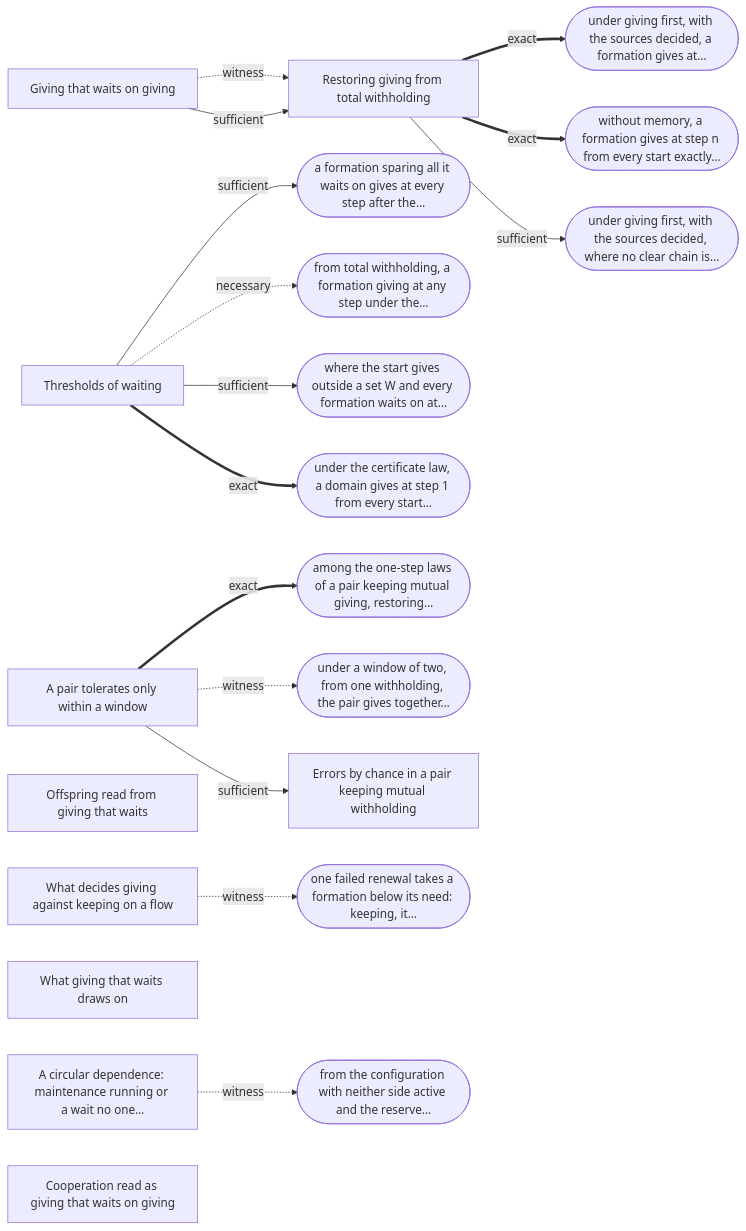
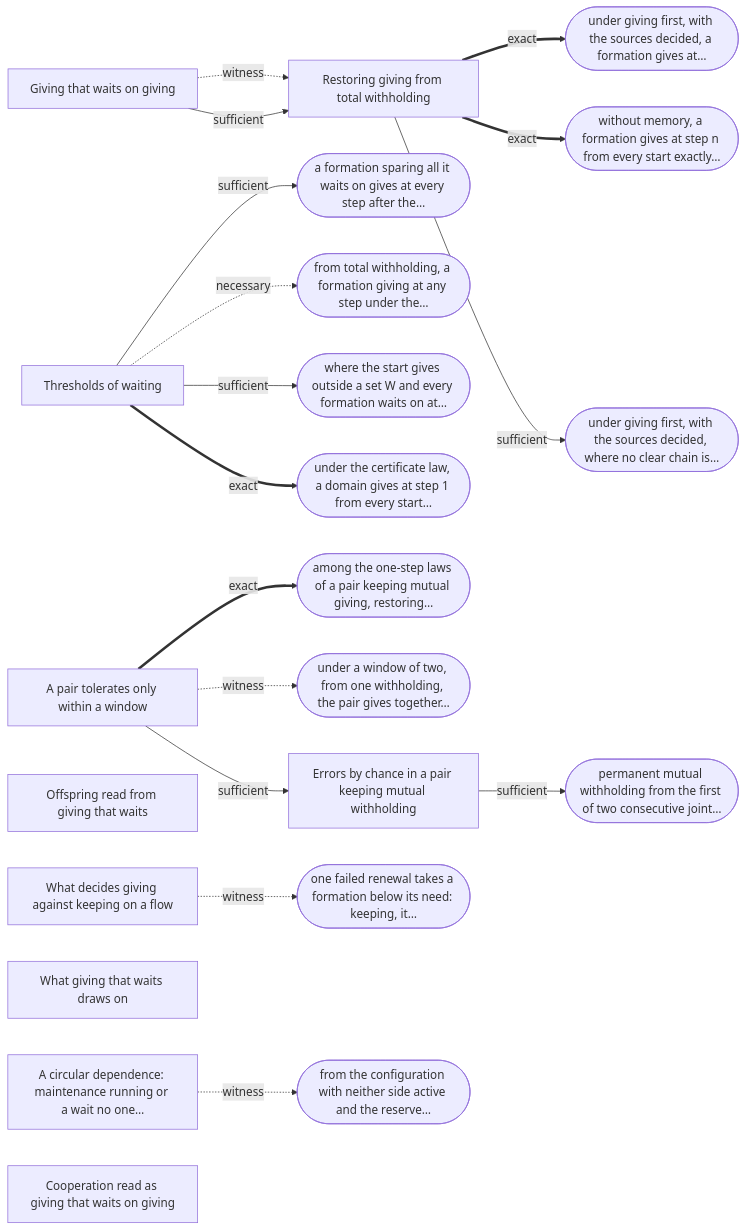
Before and after one commit to yongxu/theories: the fifth of 8 diagrams in theories/becoming/results/atlas/TERRAIN.md, drawn with Mermaid. The commit also changed other lines of this file and 35 other files, not shown here.

````diff
--- a/theories/becoming/results/atlas/TERRAIN.md
+++ b/theories/becoming/results/atlas/TERRAIN.md
@@ -757,39 +857,41 @@
 ```mermaid
 flowchart LR
   n0["Giving that waits on giving"]
   n1["Restoring giving from total withholding"]
   n2["Thresholds of waiting"]
   n3["A pair tolerates only within a window"]
   n4["Errors by chance in a pair keeping mutual withholding"]
   n5["Offspring read from giving that waits"]
   n6["What decides giving against keeping on a flow"]
   n7["What giving that waits draws on"]
   n8["A circular dependence: maintenance running or a wait no one…"]
   n9["Cooperation read as giving that waits on giving"]
   n0 -.->|witness| n1
   n0 -->|sufficient| n1
   e1(["under giving first, with the sources decided, a formation gives at…"])
   n1 ==>|exact| e1
   e2(["without memory, a formation gives at step n from every start exactly…"])
   n1 ==>|exact| e2
   e3(["under giving first, with the sources decided, where no clear chain is…"])
   n1 -->|sufficient| e3
   e4(["a formation sparing all it waits on gives at every step after the…"])
   n2 -->|sufficient| e4
   e5(["from total withholding, a formation giving at any step under the…"])
   n2 -.->|necessary| e5
   e6(["where the start gives outside a set W and every formation waits on at…"])
   n2 -->|sufficient| e6
   e7(["under the certificate law, a domain gives at step 1 from every start…"])
   n2 ==>|exact| e7
   e8(["among the one-step laws of a pair keeping mutual giving, restoring…"])
   n3 ==>|exact| e8
   e9(["under a window of two, from one withholding, the pair gives together…"])
   n3 -.->|witness| e9
   n3 -->|sufficient| n4
-  e10(["one failed renewal takes a formation below its need: keeping, it…"])
-  n6 -.->|witness| e10
-  e11(["from the configuration with neither side active and the reserve…"])
-  n8 -.->|witness| e11
+  e10(["permanent mutual withholding from the first of two consecutive joint…"])
+  n4 -->|sufficient| e10
+  e11(["one failed renewal takes a formation below its need: keeping, it…"])
+  n6 -.->|witness| e11
+  e12(["from the configuration with neither side active and the reserve…"])
+  n8 -.->|witness| e12
   classDef other stroke-dasharray: 3 3
 ```
````
